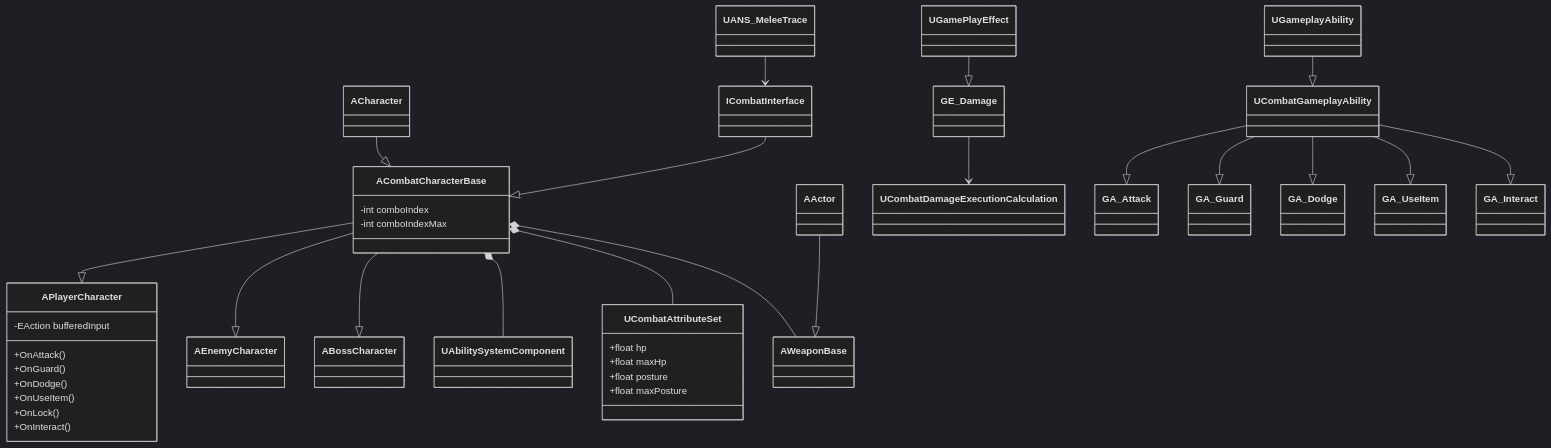
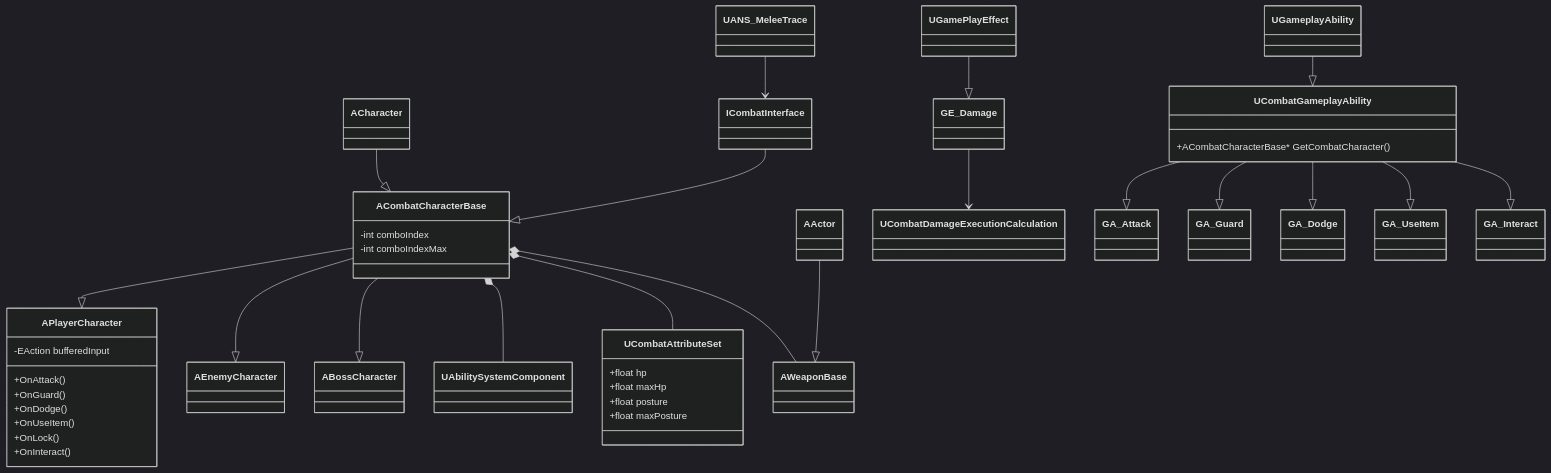
Before and after one commit to BH-mk2/fastGAS_Demo: the diagram in Docs/02_class_relationship.md, drawn with Mermaid (dark theme). The commit also changed 2 other files, not shown here.

Commit message:
UCombatGameplayAbilityを追加

````diff
--- a/Docs/02_class_relationship.md
+++ b/Docs/02_class_relationship.md
@@ -36,71 +36,72 @@
 ```mermaid
 
 classDiagram
     class ACombatCharacterBase{
         -int comboIndex
         -int comboIndexMax
     }
     ACharacter --|> ACombatCharacterBase
     ICombatInterface --|> ACombatCharacterBase
     class APlayerCharacter{
         -EAction bufferedInput
         +OnAttack()
         +OnGuard()
         +OnDodge()
         +OnUseItem()
         +OnLock()
         +OnInteract()
     }
     ACombatCharacterBase --|> APlayerCharacter
     class AEnemyCharacter{
     }
     ACombatCharacterBase --|> AEnemyCharacter
     class ABossCharacter{
     }
     ACombatCharacterBase --|> ABossCharacter
 
     AActor --|> AWeaponBase
 
     class UANS_MeleeTrace{
     }
 
     class GE_Damage{
     }
     UGamePlayEffect --|> GE_Damage
 
     class UCombatDamageExecutionCalculation{
     }
     GE_Damage --> UCombatDamageExecutionCalculation
 
     class UCombatGameplayAbility{
+        +ACombatCharacterBase* GetCombatCharacter()
     }
     UGameplayAbility --|> UCombatGameplayAbility
 
     class GA_Attack{
     }
     UCombatGameplayAbility --|> GA_Attack
     class GA_Guard{
     }
     UCombatGameplayAbility --|> GA_Guard
     class GA_Dodge{
     }
     UCombatGameplayAbility --|> GA_Dodge
     class GA_UseItem{
     }
     UCombatGameplayAbility --|> GA_UseItem
     class GA_Interact{
     }
     UCombatGameplayAbility --|> GA_Interact
 
     class UCombatAttributeSet{
         +float hp
         +float maxHp
         +float posture
         +float maxPosture
     }
     ACombatCharacterBase *-- UAbilitySystemComponent
     ACombatCharacterBase *-- UCombatAttributeSet
     ACombatCharacterBase *-- AWeaponBase
 
     UANS_MeleeTrace --> ICombatInterface
 ```
````
